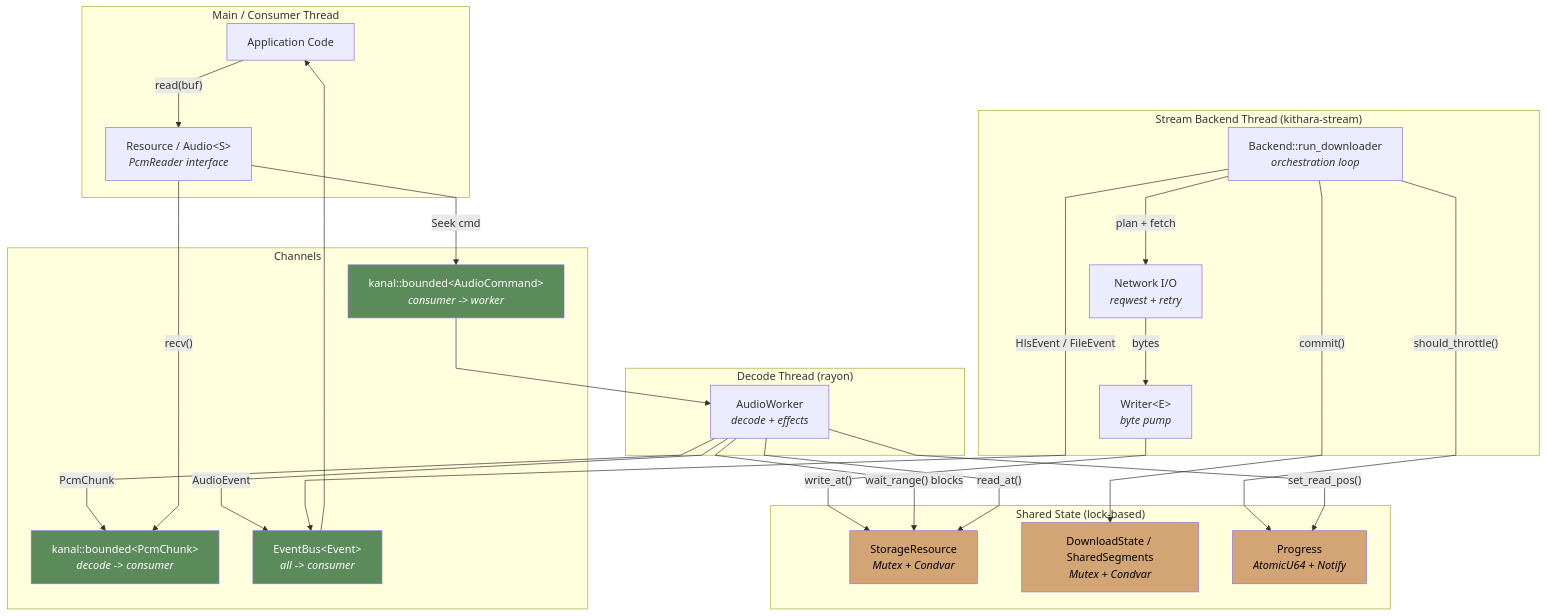
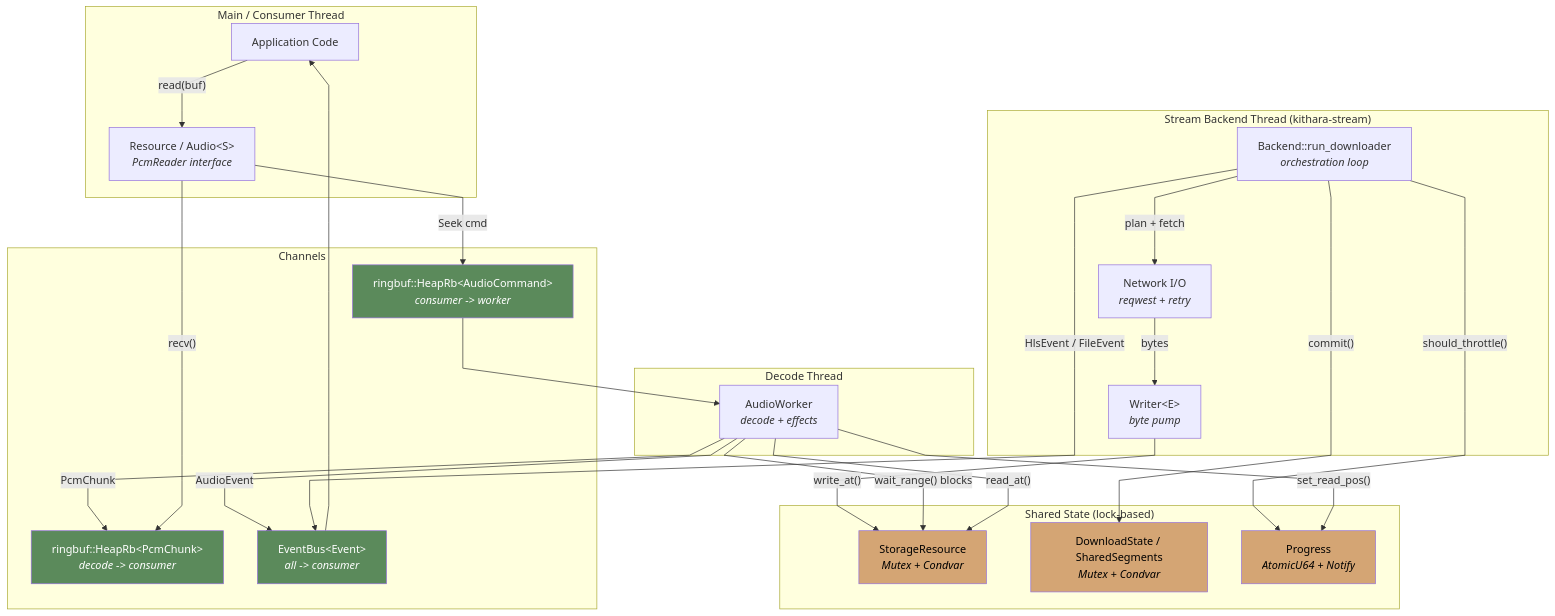
The first of 2 diagrams in crates/kithara-audio/README.md (AlexanderShirokih/kithara), drawn with Mermaid before and after one commit. The commit also changed other lines of this file and 563 other files, not shown here.

````diff
--- a/crates/kithara-audio/README.md
+++ b/crates/kithara-audio/README.md
@@ -40,58 +40,58 @@
 ```mermaid
 %%{init: {"flowchart": {"curve": "linear"}} }%%
 flowchart TB
     subgraph "Main / Consumer Thread"
         App["Application Code"]
         Resource["Resource / Audio&lt;S&gt;<br/><i>PcmReader interface</i>"]
         App -- "read(buf)" --> Resource
     end
 
     subgraph "Stream Backend Thread (kithara-stream)"
         DLLoop["Backend::run_downloader<br/><i>orchestration loop</i>"]
         NetTask["Network I/O<br/><i>reqwest + retry</i>"]
         WriterTask["Writer&lt;E&gt;<br/><i>byte pump</i>"]
         DLLoop -- "plan + fetch" --> NetTask
         NetTask -- "bytes" --> WriterTask
     end
 
-    subgraph "Decode Thread (rayon)"
+    subgraph "Decode Thread"
         DecodeWorker["AudioWorker<br/><i>decode + effects</i>"]
     end
 
     subgraph "Shared State (lock-based)"
         StorageRes["StorageResource<br/><i>Mutex + Condvar</i>"]
         SegIdx["DownloadState / SharedSegments<br/><i>Mutex + Condvar</i>"]
         Progress["Progress<br/><i>AtomicU64 + Notify</i>"]
     end
 
     subgraph "Channels"
-        PcmChan["kanal::bounded&lt;PcmChunk&gt;<br/><i>decode -> consumer</i>"]
-        CmdChan["kanal::bounded&lt;AudioCommand&gt;<br/><i>consumer -> worker</i>"]
+        PcmChan["ringbuf::HeapRb&lt;PcmChunk&gt;<br/><i>decode -> consumer</i>"]
+        CmdChan["ringbuf::HeapRb&lt;AudioCommand&gt;<br/><i>consumer -> worker</i>"]
         EventChan["EventBus&lt;Event&gt;<br/><i>all -> consumer</i>"]
     end
 
     WriterTask -- "write_at()" --> StorageRes
     DLLoop -- "commit()" --> SegIdx
 
     DecodeWorker -- "wait_range() blocks" --> StorageRes
     DecodeWorker -- "read_at()" --> StorageRes
     DecodeWorker -- "PcmChunk" --> PcmChan
     Resource -- "recv()" --> PcmChan
 
     Resource -- "Seek cmd" --> CmdChan
     CmdChan --> DecodeWorker
 
     DecodeWorker -- "AudioEvent" --> EventChan
     DLLoop -- "HlsEvent / FileEvent" --> EventChan
     EventChan --> App
 
     DLLoop -- "should_throttle()" --> Progress
     DecodeWorker -- "set_read_pos()" --> Progress
 
     style StorageRes fill:#d4a574,color:#000
     style SegIdx fill:#d4a574,color:#000
     style Progress fill:#d4a574,color:#000
     style PcmChan fill:#5b8a5b,color:#fff
     style CmdChan fill:#5b8a5b,color:#fff
     style EventChan fill:#5b8a5b,color:#fff
 ```
````
